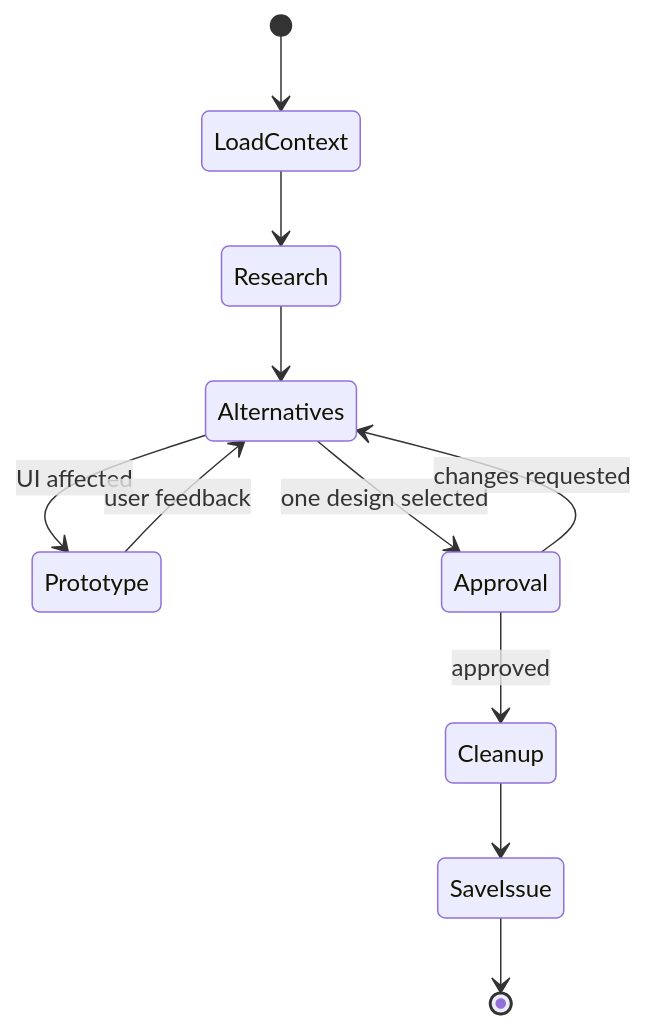
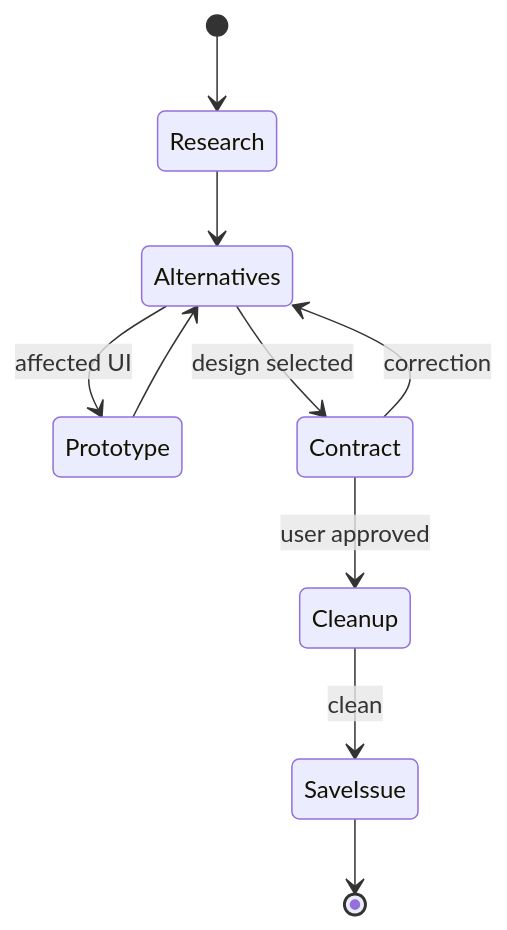
Before and after one commit to MP281X/ai-toolkit: the diagram in .agents/skills/planning/SKILL.md, drawn with Mermaid. The commit also changed other lines of this file and 22 other files, not shown here.

````diff
--- a/.agents/skills/planning/SKILL.md
+++ b/.agents/skills/planning/SKILL.md
@@ -11,13 +8,12 @@
 ```mermaid
 stateDiagram-v2
-    [*] --> LoadContext
-    LoadContext --> Research
+    [*] --> Research
     Research --> Alternatives
-    Alternatives --> Prototype: UI affected
-    Prototype --> Alternatives: user feedback
-    Alternatives --> Approval: one design selected
-    Approval --> Alternatives: changes requested
-    Approval --> Cleanup: approved
-    Cleanup --> SaveIssue
+    Alternatives --> Prototype: affected UI
+    Prototype --> Alternatives
+    Alternatives --> Contract: design selected
+    Contract --> Alternatives: correction
+    Contract --> Cleanup: user approved
+    Cleanup --> SaveIssue: clean
     SaveIssue --> [*]
 ```
````
